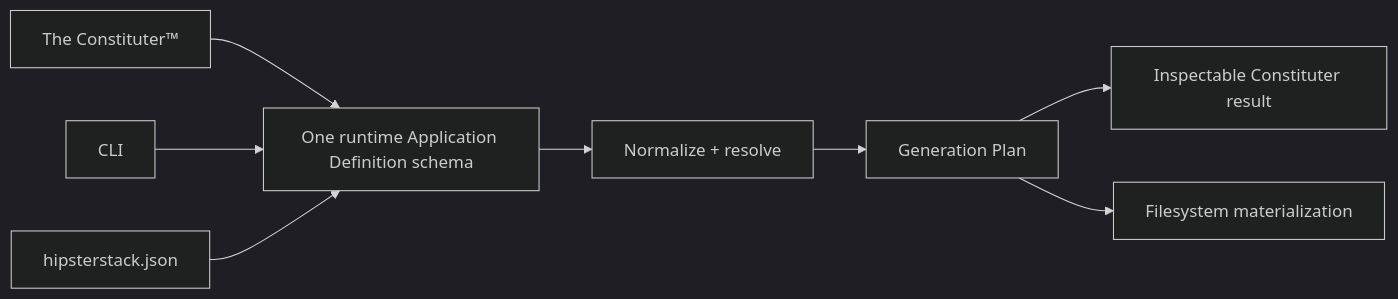
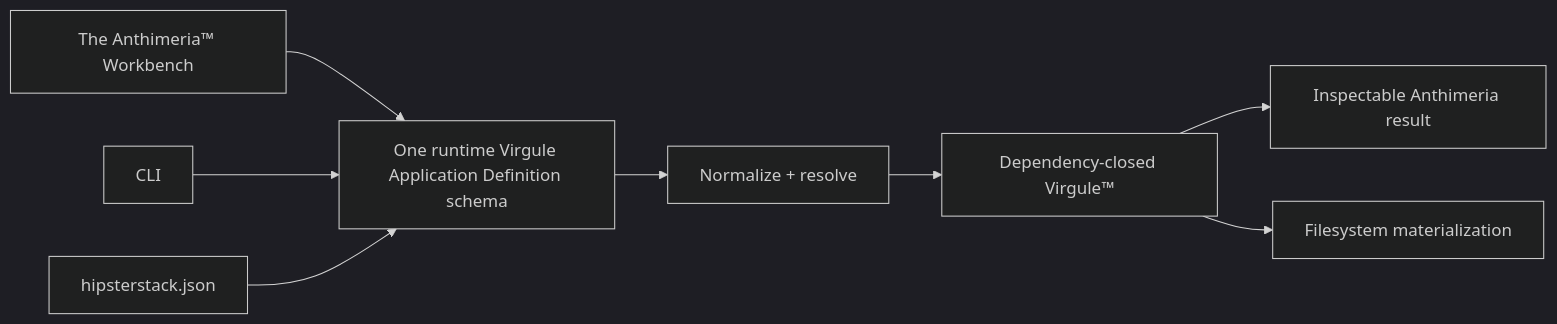
Before and after one commit to DigitalHerencia/YouCanSeeTheCodeInOurConversationHistory: the eighth of 11 diagrams in 10 PROJECTS/10.PROJECTS.CODEPENDENTCODING/10.PROJECTS.CODEPENDENTCODING.WebApp-Architecture/codependentcoding.webapp-architecture.master.source-document.md, drawn with Mermaid (dark theme). The commit also changed other lines of this file and 11 other files, not shown here.

````diff
--- a/10 PROJECTS/10.PROJECTS.CODEPENDENTCODING/10.PROJECTS.CODEPENDENTCODING.WebApp-Architecture/codependentcoding.webapp-architecture.master.source-document.md
+++ b/10 PROJECTS/10.PROJECTS.CODEPENDENTCODING/10.PROJECTS.CODEPENDENTCODING.WebApp-Architecture/codependentcoding.webapp-architecture.master.source-document.md
@@ -1637,10 +1646,10 @@
 ```mermaid
 flowchart LR
-    WEB["The Constituter™"] --> SCHEMA["One runtime Application Definition schema"]
+    WEB["The Anthimeria™ Workbench"] --> SCHEMA["One runtime Virgule Application Definition schema"]
     CLI["CLI"] --> SCHEMA
     FILE["hipsterstack.json"] --> SCHEMA
     SCHEMA --> RES["Normalize + resolve"]
-    RES --> PLAN["Generation Plan"]
-    PLAN --> PREVIEW["Inspectable Constituter result"]
-    PLAN --> FS["Filesystem materialization"]
+    RES --> VIRGULE["Dependency-closed Virgule™"]
+    VIRGULE --> PREVIEW["Inspectable Anthimeria result"]
+    VIRGULE --> FS["Filesystem materialization"]
 ```
````
